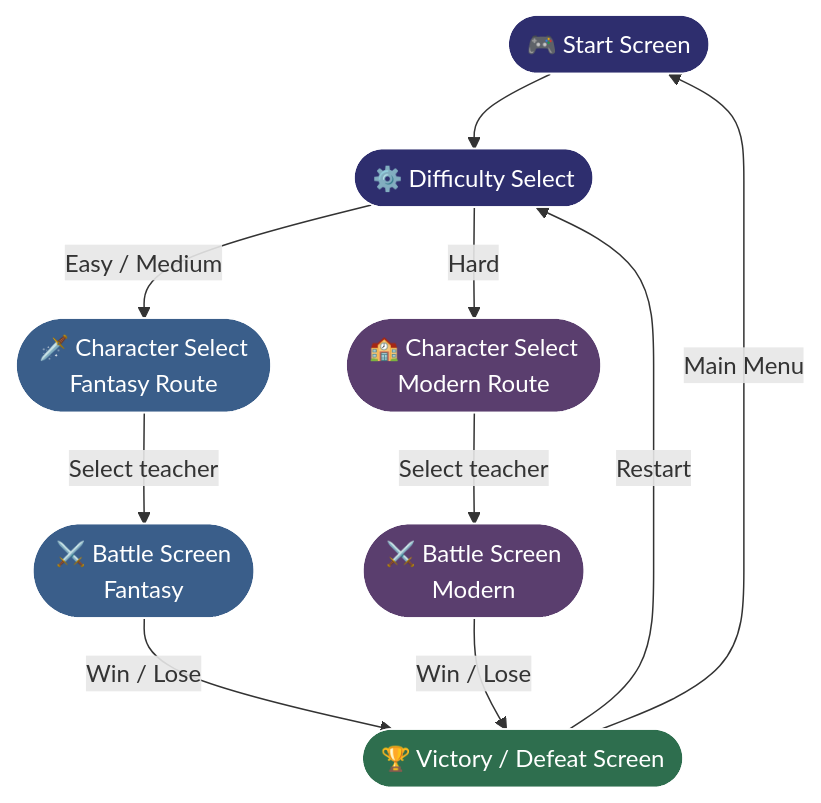
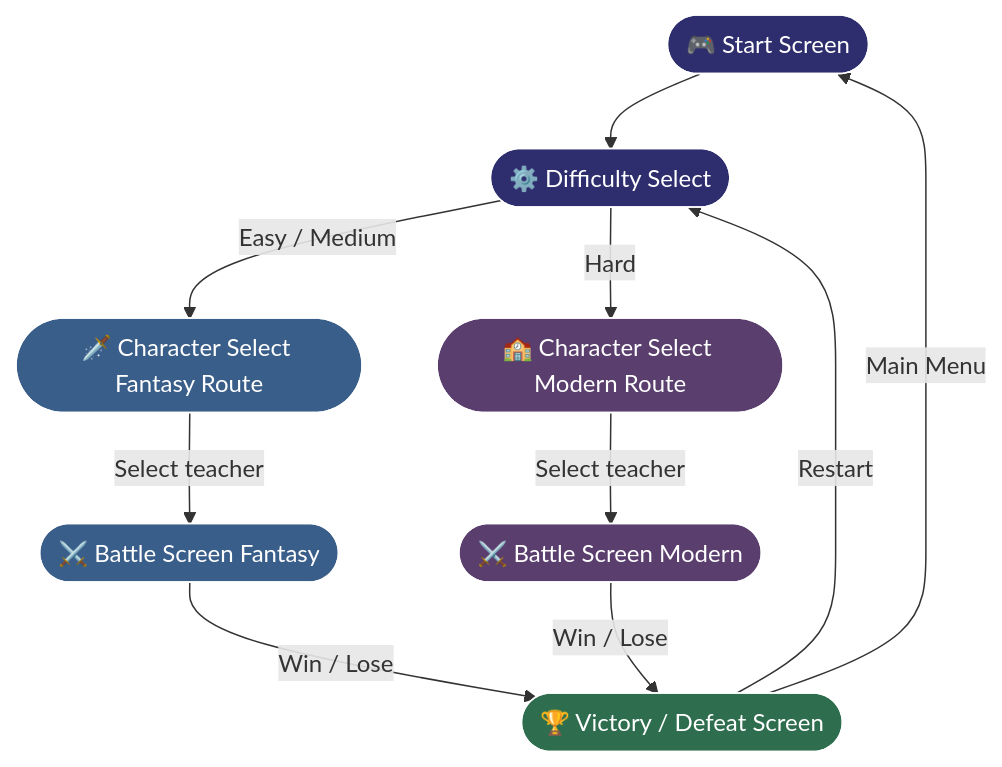
The first of 8 diagrams in docs/design/ui_flow.md (UoB-COMSM0166/2026-group-16), drawn with Mermaid before and after one commit. The commit also changed 5 other files, not shown here.

````diff
--- a/docs/design/ui_flow.md
+++ b/docs/design/ui_flow.md
@@ -10,24 +10,24 @@
 ```mermaid
 flowchart TD
     A([🎮 Start Screen]) --> B([⚙️ Difficulty Select])
 
-    B -->|Easy / Medium| C([🗡️ Character Select\nFantasy Route])
-    B -->|Hard| D([🏫 Character Select\nModern Route])
+    B -->|Easy / Medium| C([🗡️ Character Select Fantasy Route])
+    B -->|Hard| D([🏫 Character Select Modern Route])
 
-    C -->|Select teacher| E([⚔️ Battle Screen\nFantasy])
-    D -->|Select teacher| F([⚔️ Battle Screen\nModern])
+    C -->|Select teacher| E([⚔️ Battle Screen Fantasy])
+    D -->|Select teacher| F([⚔️ Battle Screen Modern])
 
     E -->|Win / Lose| G([🏆 Victory / Defeat Screen])
     F -->|Win / Lose| G
 
     G -->|Restart| B
     G -->|Main Menu| A
 
     style A fill:#2E2E6E,color:#fff,stroke:#fff
     style B fill:#2E2E6E,color:#fff,stroke:#fff
     style C fill:#3A5E8A,color:#fff,stroke:#fff
     style D fill:#5A3E6E,color:#fff,stroke:#fff
     style E fill:#3A5E8A,color:#fff,stroke:#fff
     style F fill:#5A3E6E,color:#fff,stroke:#fff
     style G fill:#2E6E4E,color:#fff,stroke:#fff
 ```
````
